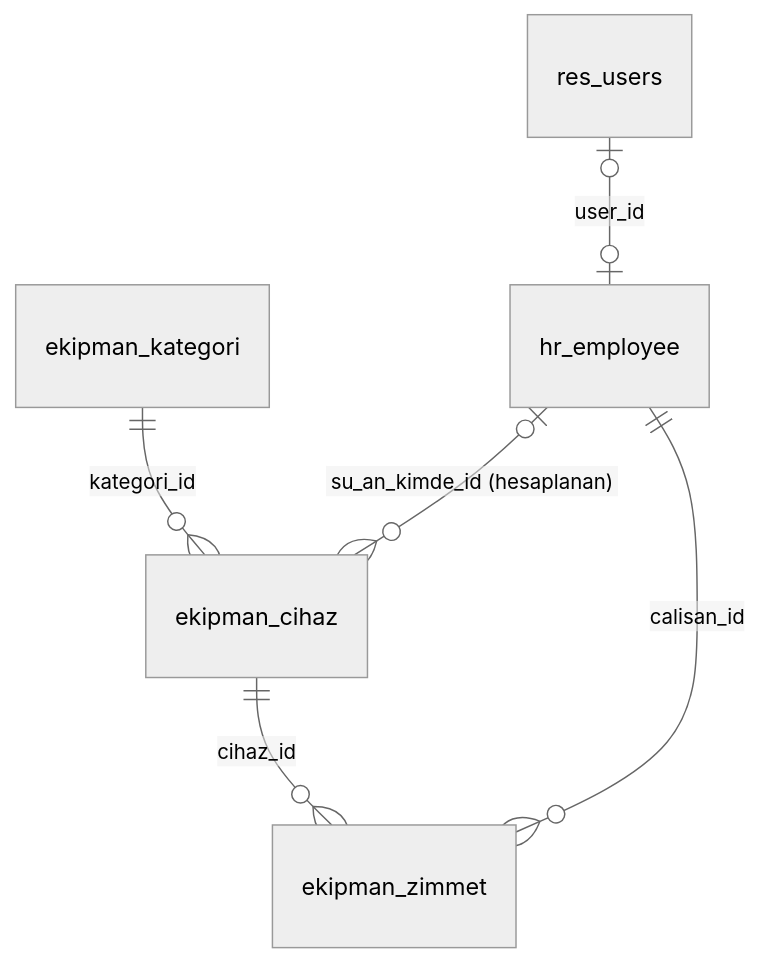
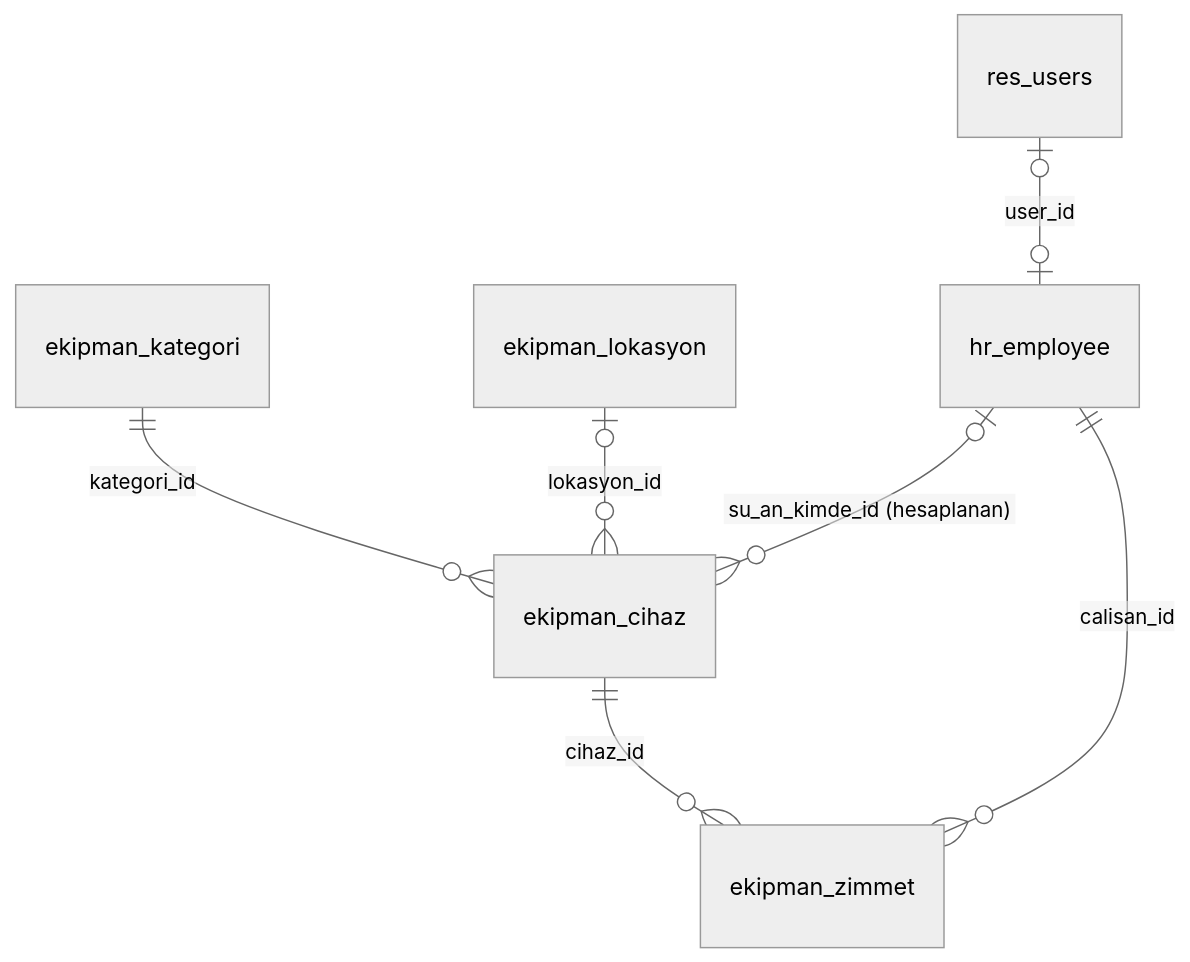
The first of 2 diagrams in README.md (onurbcoban/ekipman-zimmet-case-study), drawn with Mermaid (neutral theme) before and after one commit. The commit also changed other lines of this file and 3 other files, not shown here.

````diff
--- a/README.md
+++ b/README.md
@@ -45,9 +45,10 @@
 ```mermaid
 erDiagram
     direction TB
     ekipman_kategori ||--o{ ekipman_cihaz : "kategori_id"
+    ekipman_lokasyon |o--o{ ekipman_cihaz : "lokasyon_id"
     ekipman_cihaz ||--o{ ekipman_zimmet : "cihaz_id"
     hr_employee ||--o{ ekipman_zimmet : "calisan_id"
     hr_employee |o--o{ ekipman_cihaz : "su_an_kimde_id (hesaplanan)"
     res_users |o--o| hr_employee : "user_id"
 ```
````
